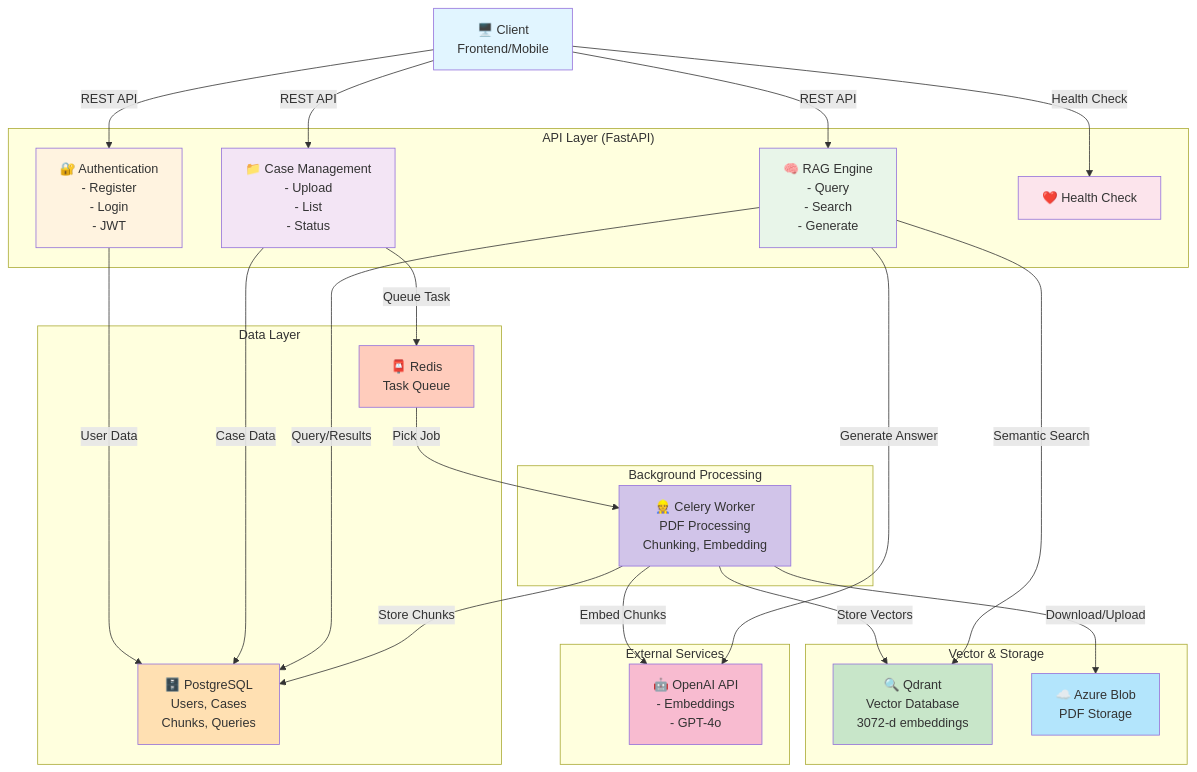
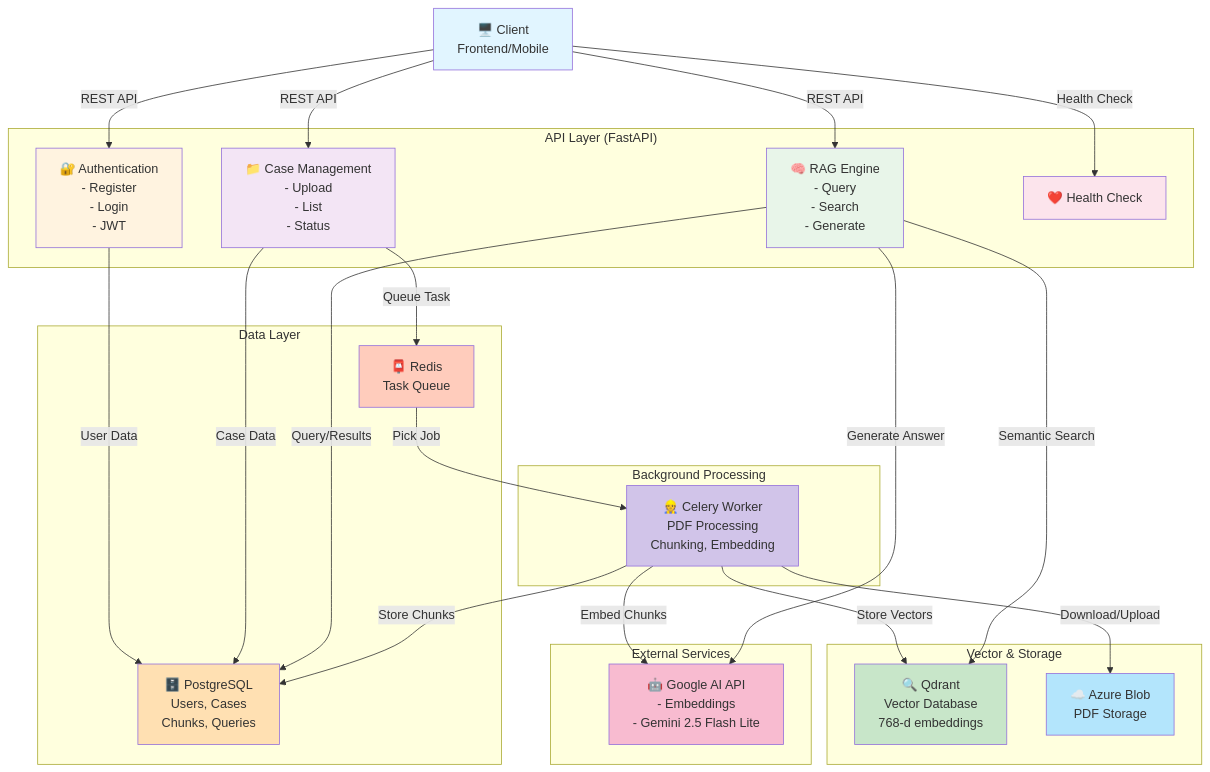
One commit to Smeet23/Lexintel changed the first of 13 diagrams in ARCHITECTURE_DIAGRAMS.md. Above: the diagram before and after it, drawn with Mermaid. The commit also changed other lines of this file and 50 other files, not shown here.

First line of the commit message:
docs: update all documentation from OpenAI to Google Gemini

````diff
--- a/ARCHITECTURE_DIAGRAMS.md
+++ b/ARCHITECTURE_DIAGRAMS.md
@@ -5,61 +5,61 @@
 ```mermaid
 graph TB
     Client["🖥️ Client<br/>Frontend/Mobile"]
 
     subgraph "API Layer (FastAPI)"
         Auth["🔐 Authentication<br/>- Register<br/>- Login<br/>- JWT"]
         Cases["📁 Case Management<br/>- Upload<br/>- List<br/>- Status"]
         RAG["🧠 RAG Engine<br/>- Query<br/>- Search<br/>- Generate"]
         Health["❤️ Health Check"]
     end
 
     subgraph "Data Layer"
         PG["🗄️ PostgreSQL<br/>Users, Cases<br/>Chunks, Queries"]
         Redis["📮 Redis<br/>Task Queue"]
     end
 
     subgraph "Vector & Storage"
-        Qdrant["🔍 Qdrant<br/>Vector Database<br/>3072-d embeddings"]
+        Qdrant["🔍 Qdrant<br/>Vector Database<br/>768-d embeddings"]
         Blob["☁️ Azure Blob<br/>PDF Storage"]
     end
 
     subgraph "External Services"
-        OpenAI["🤖 OpenAI API<br/>- Embeddings<br/>- GPT-4o"]
+        GoogleAI["🤖 Google AI API<br/>- Embeddings<br/>- Gemini 2.5 Flash Lite"]
     end
 
     subgraph "Background Processing"
         Worker["👷 Celery Worker<br/>PDF Processing<br/>Chunking, Embedding"]
     end
 
     Client -->|REST API| Auth
     Client -->|REST API| Cases
     Client -->|REST API| RAG
     Client -->|Health Check| Health
 
     Auth -->|User Data| PG
     Cases -->|Case Data| PG
     RAG -->|Query/Results| PG
 
     Cases -->|Queue Task| Redis
     Redis -->|Pick Job| Worker
 
     Worker -->|Store Chunks| PG
     Worker -->|Store Vectors| Qdrant
     Worker -->|Download/Upload| Blob
-    Worker -->|Embed Chunks| OpenAI
+    Worker -->|Embed Chunks| GoogleAI
 
     RAG -->|Semantic Search| Qdrant
-    RAG -->|Generate Answer| OpenAI
+    RAG -->|Generate Answer| GoogleAI
 
     style Client fill:#e1f5ff
     style Auth fill:#fff3e0
     style Cases fill:#f3e5f5
     style RAG fill:#e8f5e9
     style Health fill:#fce4ec
     style PG fill:#ffe0b2
     style Redis fill:#ffccbc
     style Qdrant fill:#c8e6c9
     style Blob fill:#b3e5fc
-    style OpenAI fill:#f8bbd0
+    style GoogleAI fill:#f8bbd0
     style Worker fill:#d1c4e9
 ```
````
